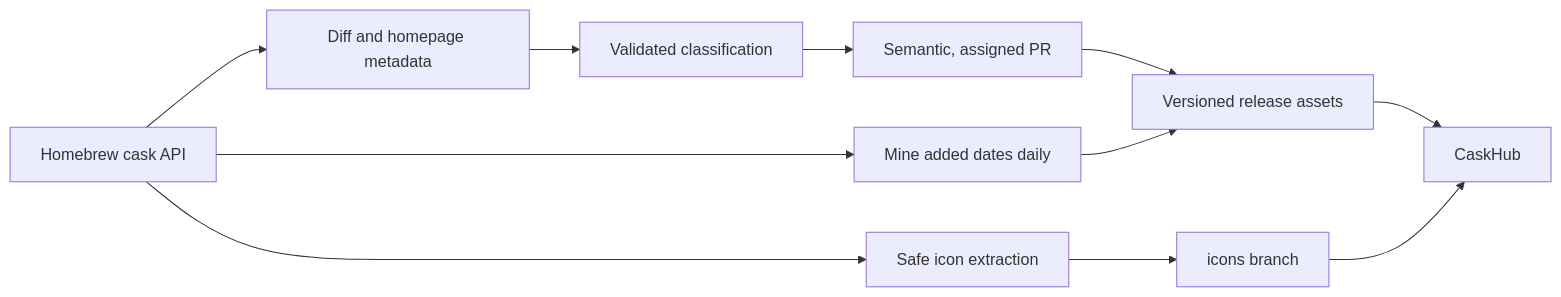
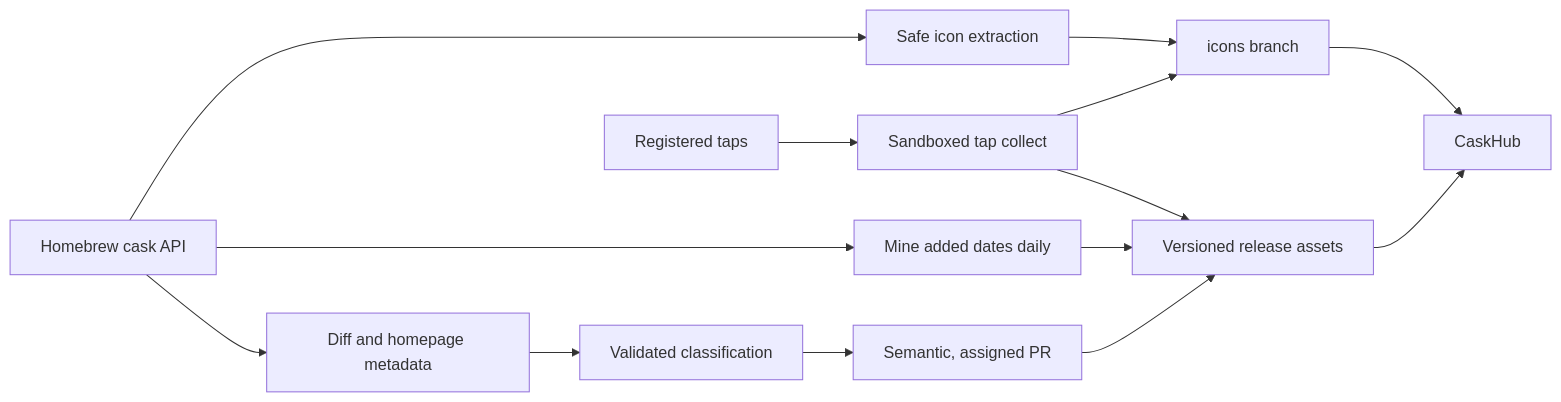
The diagram in README.es-ES.md (alielsokary/CaskFlow), drawn with Mermaid before and after one commit. The commit also changed other lines of this file and 3 other files, not shown here.

Commit message:
docs: center README badges, add Chinese and German translations, document taps and release assets

````diff
--- a/README.es-ES.md
+++ b/README.es-ES.md
@@ -25,13 +35,16 @@
 ```mermaid
 flowchart LR
     brew["Homebrew cask API"] --> diff["Diff and homepage metadata"]
     diff --> classify["Validated classification"]
     classify --> review["Semantic, assigned PR"]
     review --> release["Versioned release assets"]
     brew --> dates["Mine added dates daily"]
     dates --> release
     brew --> icons["Safe icon extraction"]
     icons --> branch["icons branch"]
+    taps["Registered taps"] --> sandbox["Sandboxed tap collect"]
+    sandbox --> release
+    sandbox --> branch
     release --> caskhub["CaskHub"]
     branch --> caskhub
 ```
````
